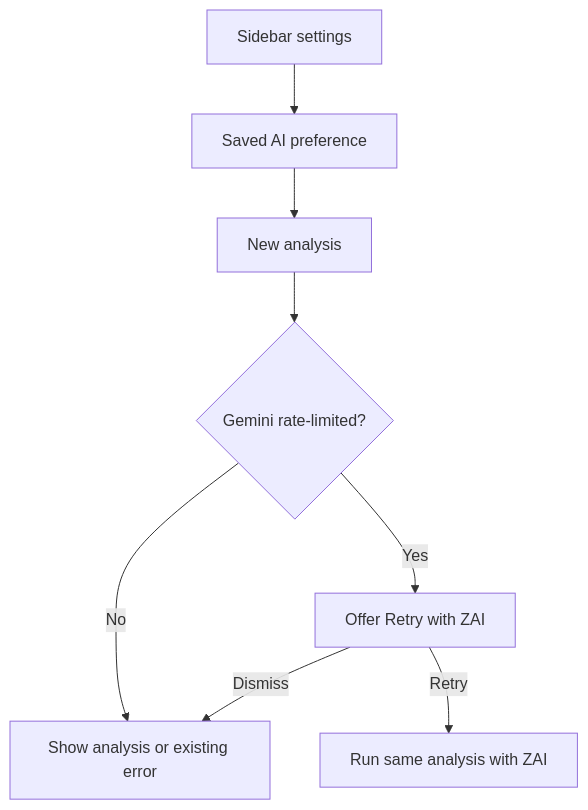
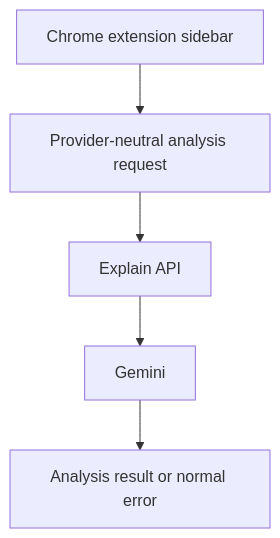
One commit to xfalcons/j-buddy changed the first of 2 diagrams in docs/plans/2026-08-08-001-feat-ai-provider-selection-plan.md. Above: the diagram before and after it, drawn with Mermaid. The commit also changed other lines of this file and 16 other files, not shown here.

Commit message:
feat(ai): enforce Gemini-only analysis

````diff
--- a/docs/plans/2026-08-08-001-feat-ai-provider-selection-plan.md
+++ b/docs/plans/2026-08-08-001-feat-ai-provider-selection-plan.md
@@ -53,10 +50,7 @@
 ```mermaid
 flowchart TB
-  A[Sidebar settings] --> B[Saved AI preference]
-  B --> C[New analysis]
-  C --> D{Gemini rate-limited?}
-  D -->|No| E[Show analysis or existing error]
-  D -->|Yes| F[Offer Retry with ZAI]
-  F -->|Retry| G[Run same analysis with ZAI]
-  F -->|Dismiss| E
+  A[Chrome extension sidebar] --> B[Provider-neutral analysis request]
+  B --> C[Explain API]
+  C --> D[Gemini]
+  D --> E[Analysis result or normal error]
 ```
````
